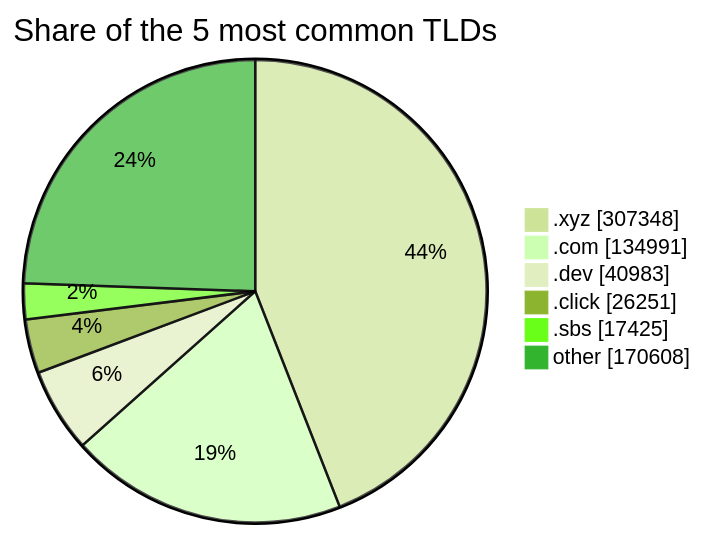
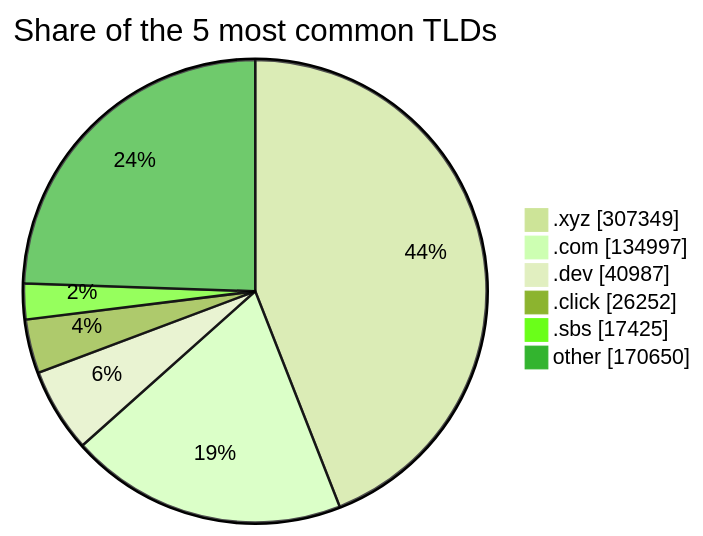
The third of 3 diagrams in README.md (DNSBunker/CTI), drawn with Mermaid (forest theme) before and after one commit. The commit also changed other lines of this file and 3 other files, not shown here.

````diff
--- a/README.md
+++ b/README.md
@@ -81,9 +81,9 @@
 ```mermaid
 pie showData title Share of the 5 most common TLDs
-    ".xyz" : 307348
-    ".com" : 134991
-    ".dev" : 40983
-    ".click" : 26251
+    ".xyz" : 307349
+    ".com" : 134997
+    ".dev" : 40987
+    ".click" : 26252
     ".sbs" : 17425
-    "other" : 170608
+    "other" : 170650
 ```
````
